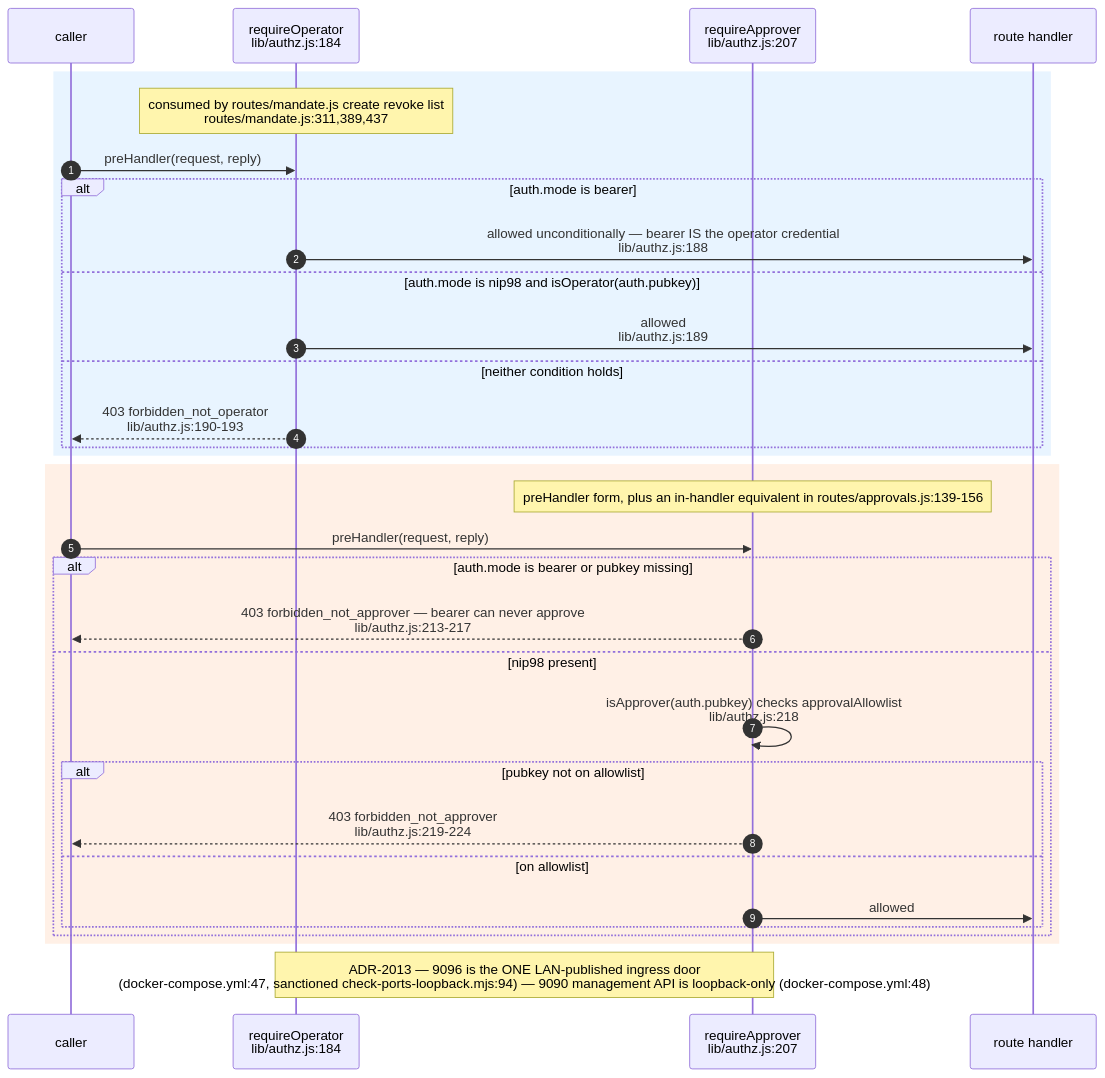
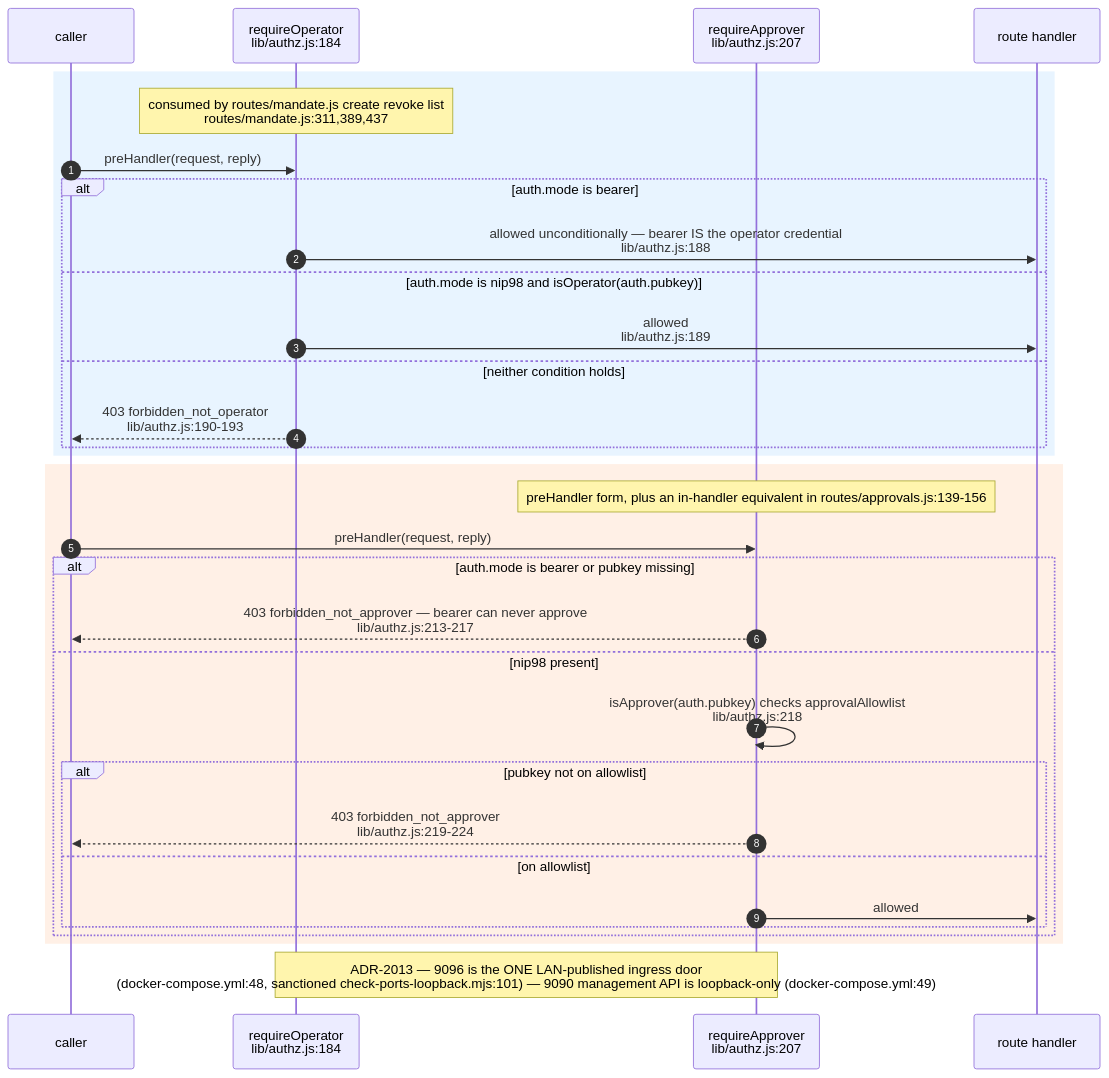
The fifth of 17 diagrams in docs/diagrams/agentbox/03-management-api-request-lifecycle.md (DreamLab-AI/VisionFlow), drawn with Mermaid before and after one commit. The commit also changed other lines of this file and 8 other files, not shown here.

First line of the commit message:
docs(diagrams): re-verify the NIP-98 proxy topics and the custody counts at agentbox 0693c761c (VF-DIAGRAM-NIP98-DRIFT)

````diff
--- a/docs/diagrams/agentbox/03-management-api-request-lifecycle.md
+++ b/docs/diagrams/agentbox/03-management-api-request-lifecycle.md
@@ -252,36 +254,36 @@
 ```mermaid
 sequenceDiagram
     autonumber
     participant C as caller
     participant RO as requireOperator<br/>lib/authz.js:184
     participant RA as requireApprover<br/>lib/authz.js:207
     participant H as route handler
 
     rect rgb(232,244,255)
     Note over RO: consumed by routes/mandate.js create revoke list<br/>routes/mandate.js:311,389,437
     C->>RO: preHandler(request, reply)
     alt auth.mode is bearer
         RO->>H: allowed unconditionally — bearer IS the operator credential<br/>lib/authz.js:188
     else auth.mode is nip98 and isOperator(auth.pubkey)
         RO->>H: allowed<br/>lib/authz.js:189
     else neither condition holds
         RO-->>C: 403 forbidden_not_operator<br/>lib/authz.js:190-193
     end
     end
 
     rect rgb(255,240,230)
     Note over RA: preHandler form, plus an in-handler equivalent in routes/approvals.js:139-156
     C->>RA: preHandler(request, reply)
     alt auth.mode is bearer or pubkey missing
         RA-->>C: 403 forbidden_not_approver — bearer can never approve<br/>lib/authz.js:213-217
     else nip98 present
         RA->>RA: isApprover(auth.pubkey) checks approvalAllowlist<br/>lib/authz.js:218
         alt pubkey not on allowlist
             RA-->>C: 403 forbidden_not_approver<br/>lib/authz.js:219-224
         else on allowlist
             RA->>H: allowed
         end
     end
     end
-    Note over RO,RA: ADR-2013 — 9096 is the ONE LAN-published ingress door<br/>(docker-compose.yml:47, sanctioned check-ports-loopback.mjs:94) — 9090 management API is loopback-only (docker-compose.yml:48)
+    Note over RO,RA: ADR-2013 — 9096 is the ONE LAN-published ingress door<br/>(docker-compose.yml:48, sanctioned check-ports-loopback.mjs:101) — 9090 management API is loopback-only (docker-compose.yml:49)
 ```
````
